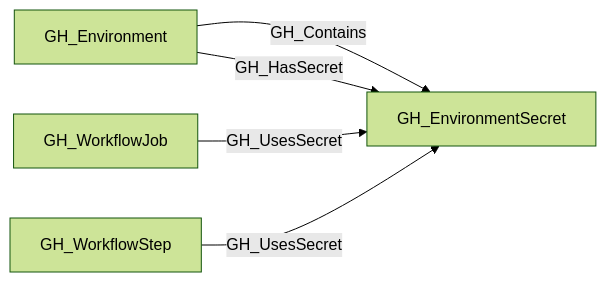
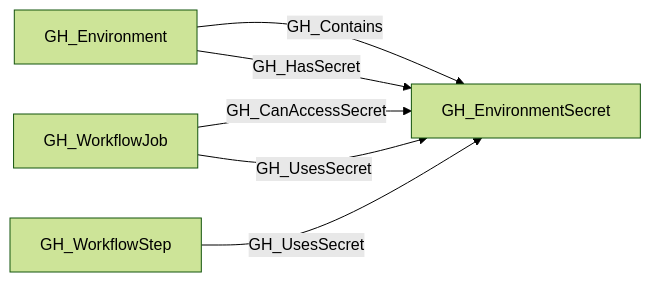
One commit to SpecterOps/bloodhound-docs changed the second of 2 diagrams in docs/opengraph/extensions/github/nodes/gh_environmentsecret.mdx. Above: the diagram before and after it, drawn with Mermaid (forest theme). The commit also changed other lines of this file and 33 other files, not shown here.

````diff
--- a/docs/opengraph/extensions/github/nodes/gh_environmentsecret.mdx
+++ b/docs/opengraph/extensions/github/nodes/gh_environmentsecret.mdx
@@ -52,12 +53,13 @@
 ```mermaid
 flowchart LR
 
     GH_Environment["GH_Environment"]
     GH_EnvironmentSecret["GH_EnvironmentSecret"]
     GH_WorkflowJob["GH_WorkflowJob"]
     GH_WorkflowStep["GH_WorkflowStep"]
     GH_Environment -- GH_Contains --> GH_EnvironmentSecret
     GH_Environment -- GH_HasSecret --> GH_EnvironmentSecret
+    GH_WorkflowJob -- GH_CanAccessSecret --> GH_EnvironmentSecret
     GH_WorkflowJob -- GH_UsesSecret --> GH_EnvironmentSecret
     GH_WorkflowStep -- GH_UsesSecret --> GH_EnvironmentSecret
 ```
````
